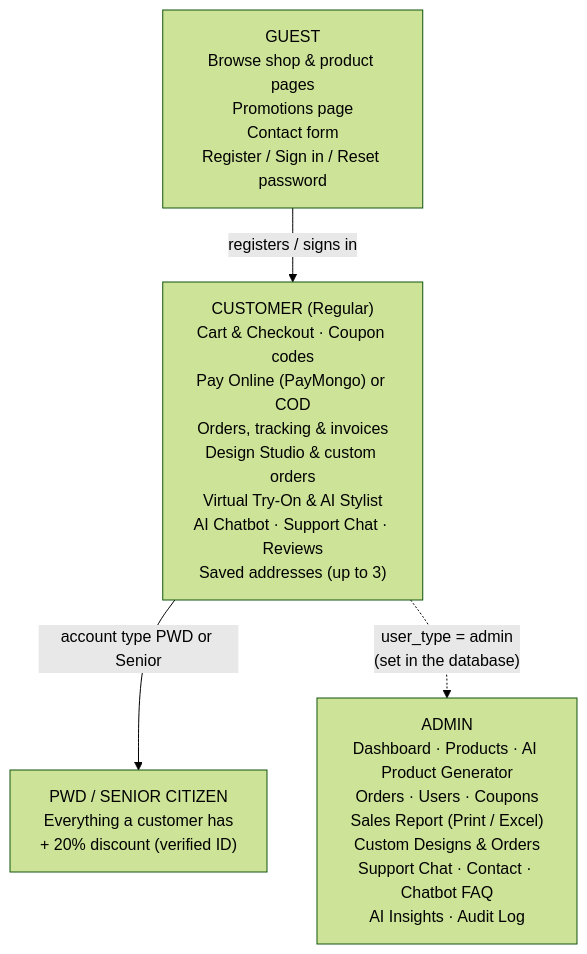
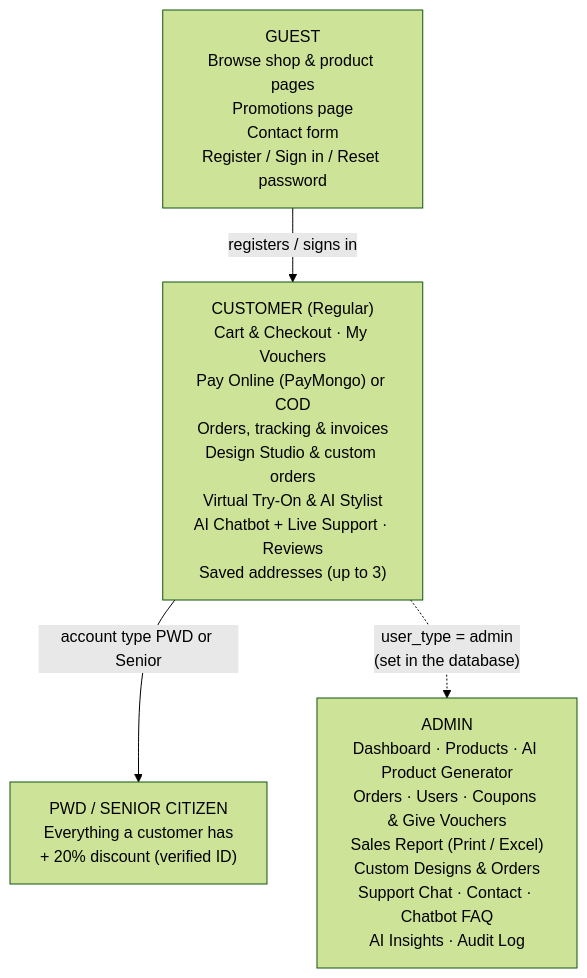
The diagram in docs/system-architecture/user role.mmd (kurooo-san/THREAD-AND-PRESS-HUB), drawn with Mermaid (forest theme) before and after one commit. The commit also changed 31 other files, not shown here.

First line of the commit message:
Update docs and diagrams for vouchers, chat handoff and live status

```diff
--- a/docs/system-architecture/user role.mmd
+++ b/docs/system-architecture/user role.mmd
@@ -1,9 +1,9 @@
 %% User roles. Each role has everything in the role above it, plus its own items. Matches SYSTEM_ARCHITECTURE.md section 6.
 flowchart TB
     G["GUEST<br/>Browse shop & product pages<br/>Promotions page<br/>Contact form<br/>Register / Sign in / Reset password"]
-    U["CUSTOMER (Regular)<br/>Cart & Checkout · Coupon codes<br/>Pay Online (PayMongo) or COD<br/>Orders, tracking & invoices<br/>Design Studio & custom orders<br/>Virtual Try-On & AI Stylist<br/>AI Chatbot · Support Chat · Reviews<br/>Saved addresses (up to 3)"]
+    U["CUSTOMER (Regular)<br/>Cart & Checkout · My Vouchers<br/>Pay Online (PayMongo) or COD<br/>Orders, tracking & invoices<br/>Design Studio & custom orders<br/>Virtual Try-On & AI Stylist<br/>AI Chatbot + Live Support · Reviews<br/>Saved addresses (up to 3)"]
     P["PWD / SENIOR CITIZEN<br/>Everything a customer has<br/>+ 20% discount (verified ID)"]
-    A["ADMIN<br/>Dashboard · Products · AI Product Generator<br/>Orders · Users · Coupons<br/>Sales Report (Print / Excel)<br/>Custom Designs & Orders<br/>Support Chat · Contact · Chatbot FAQ<br/>AI Insights · Audit Log"]
+    A["ADMIN<br/>Dashboard · Products · AI Product Generator<br/>Orders · Users · Coupons & Give Vouchers<br/>Sales Report (Print / Excel)<br/>Custom Designs & Orders<br/>Support Chat · Contact · Chatbot FAQ<br/>AI Insights · Audit Log"]
     G -- "registers / signs in" --> U
     U -- "account type PWD or Senior" --> P
     U -. "user_type = admin<br/>(set in the database)" .-> A
```
